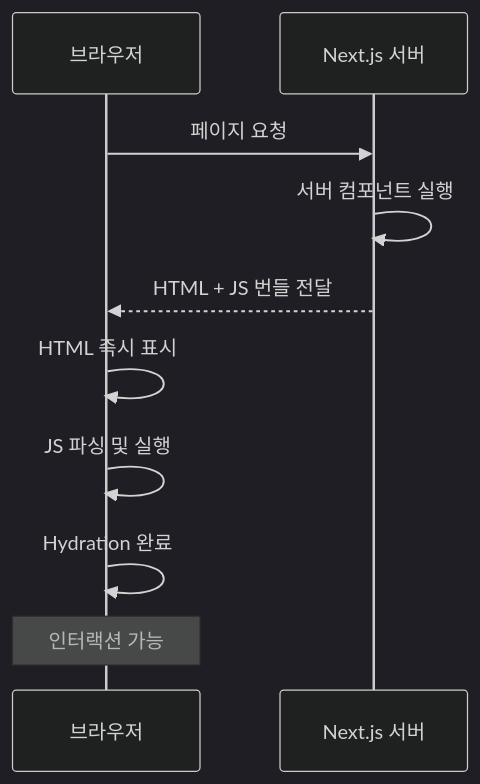
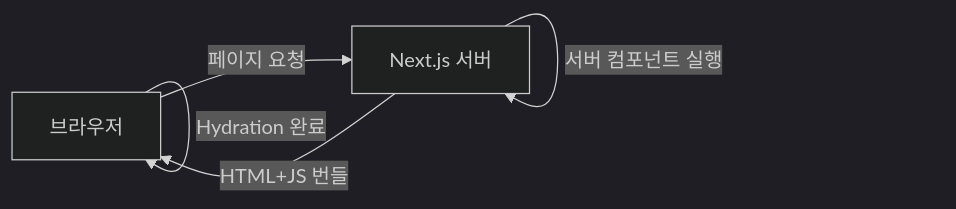
Before and after one commit to yjkim2015/yjkim2015.github.io: the fifth of 6 diagrams in _posts/frontend/2026-05-02-nextjs-fundamentals.md, drawn with Mermaid (dark theme). The commit also changed other lines of this file and 50 other files, not shown here.

First line of the commit message:
stateDiagram 11개 graph LR 변환 + 테이블 빈 셀 17개 수정

````diff
--- a/_posts/frontend/2026-05-02-nextjs-fundamentals.md
+++ b/_posts/frontend/2026-05-02-nextjs-fundamentals.md
@@ -259,12 +259,8 @@
 ```mermaid
-sequenceDiagram
-    participant CLIENT as 브라우저
-    participant SERVER as Next.js 서버
-    CLIENT->>SERVER: 페이지 요청
-    SERVER->>SERVER: 서버 컴포넌트 실행
-    SERVER-->>CLIENT: HTML + JS 번들 전달
-    CLIENT->>CLIENT: HTML 즉시 표시
-    CLIENT->>CLIENT: JS 파싱 및 실행
-    CLIENT->>CLIENT: Hydration 완료
-    Note over CLIENT: 인터랙션 가능
+graph LR
+    C["브라우저"] -->|"페이지 요청"| S["Next.js 서버"]
+    S -->|"서버 컴포넌트 실행"| S
+    S -->|"HTML+JS 번들"| C
+    C -->|"HTML 즉시 표시"| C
+    C -->|"Hydration 완료"| C
 ```
````
